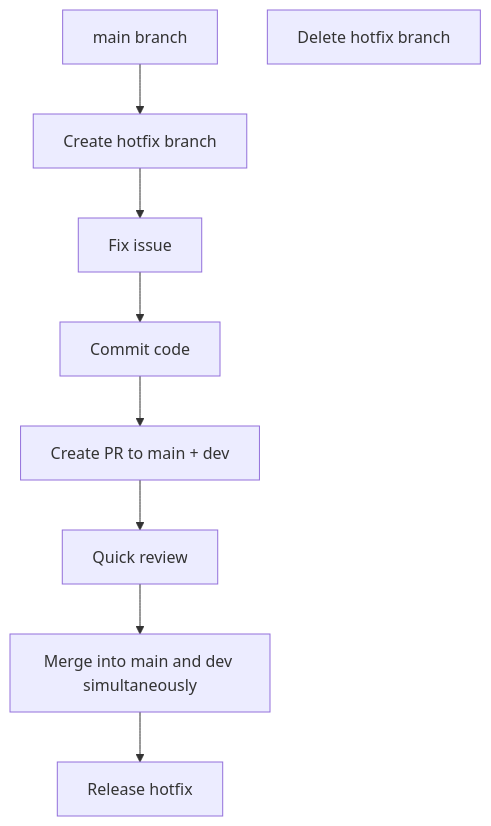
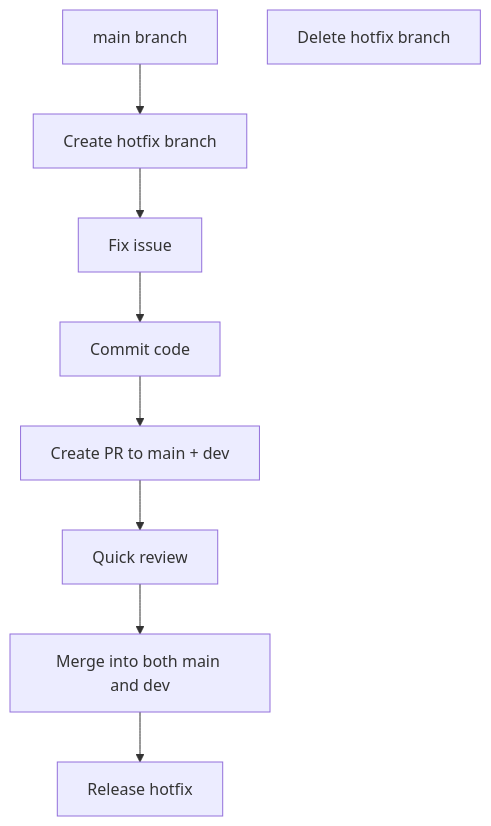
The second of 3 diagrams in docs/src/en/dev/branch-maintenance-guide.md (ChenXu233/YaoXiang), drawn with Mermaid before and after one commit. The commit also changed other lines of this file and 5 other files, not shown here.

````diff
--- a/docs/src/en/dev/branch-maintenance-guide.md
+++ b/docs/src/en/dev/branch-maintenance-guide.md
@@ -168,11 +168,11 @@
 ```mermaid
 graph TD
     A[main branch] --> B[Create hotfix branch]
     B --> C[Fix issue]
     C --> D[Commit code]
     D --> E[Create PR to main + dev]
     E --> F[Quick review]
-    F --> G[Merge into main and dev simultaneously]
+    F --> G[Merge into both main and dev]
     G --> H[Release hotfix]
     I[Delete hotfix branch]
 ```
````
